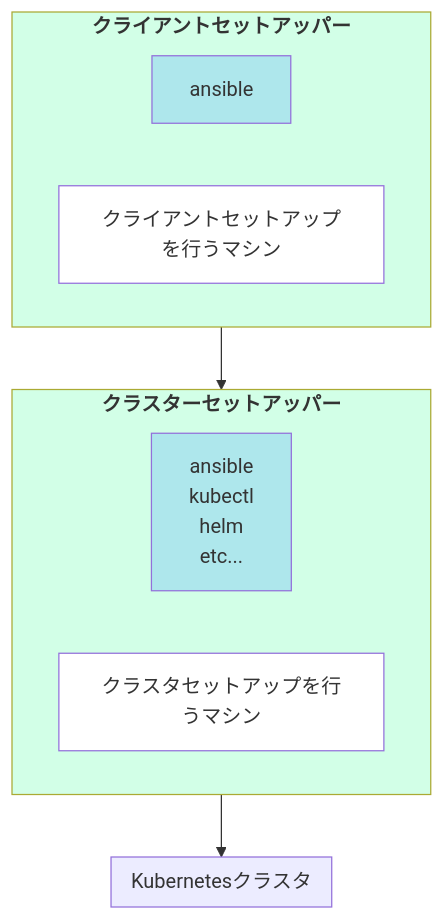
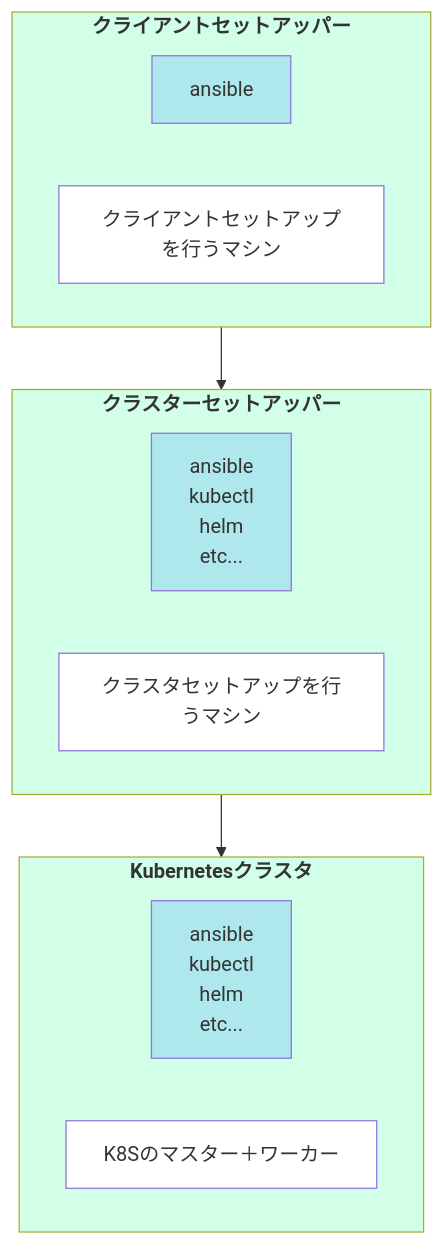
One commit to ky381011/k8s-the-hard-way changed the diagram in design/docs/01-setup.md. Above: the diagram before and after it, drawn with Mermaid.

Commit message:
Mermaid図の設定を修正し、Kubernetesクラスタの説明を追加

````diff
--- a/design/docs/01-setup.md
+++ b/design/docs/01-setup.md
@@ -5,30 +5,34 @@
 ```mermaid
-%%{init: {'flowchart': {'htmlLabels': true, 'wrap': true}, 'securityLevel': 'loose'}}%%
+%%{init: {'theme': 'default'}}%%
 graph TB
     classDef Machine fill:#22FF88,fill-opacity:0.2,font-weight:bold
     classDef Tools fill:#2288FF,fill-opacity:0.2
     classDef Description fill:#FFFFFF
 
     subgraph ClientSetUpper ["クライアントセットアッパー"]
         SetUpperTools["ansible"]
         SetUpperDescription["クライアントセットアップを行うマシン"]
     end
 
     subgraph ClusterSetUpper ["クラスターセットアッパー"]
         ClientTools["ansible</br>kubectl</br>helm</br>etc..."]
         ClientDescription["クラスタセットアップを行うマシン"]
     end
     
     subgraph K8sCluster ["Kubernetesクラスタ"]
-
+        K8sTools["ansible</br>kubectl</br>helm</br>etc..."]
+        K8sDescription["K8Sのマスター＋ワーカー"]
     end
     
     ClientSetUpper --> ClusterSetUpper --> K8sCluster
 
+    class ClusterSetUpper Machine
+    class ClientSetUpper Machine
+    class K8sCluster Machine
     class SetUpperTools Tools
     class ClientTools Tools
-    class ClusterSetUpper Machine
-    class ClientSetUpper Machine
+    class K8sTools Tools
     class SetUpperDescription Description
     class ClientDescription Description
+    class K8sDescription Description
 ```
````
